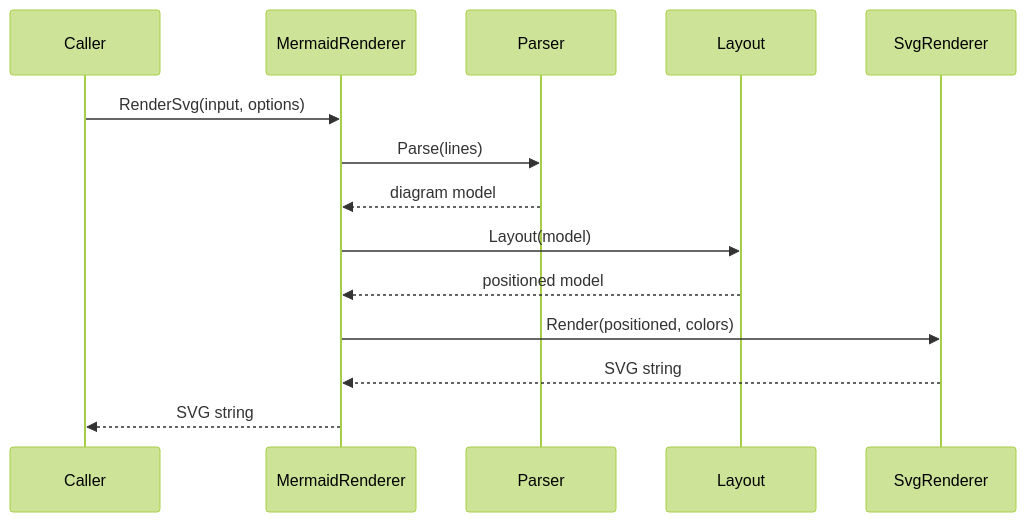
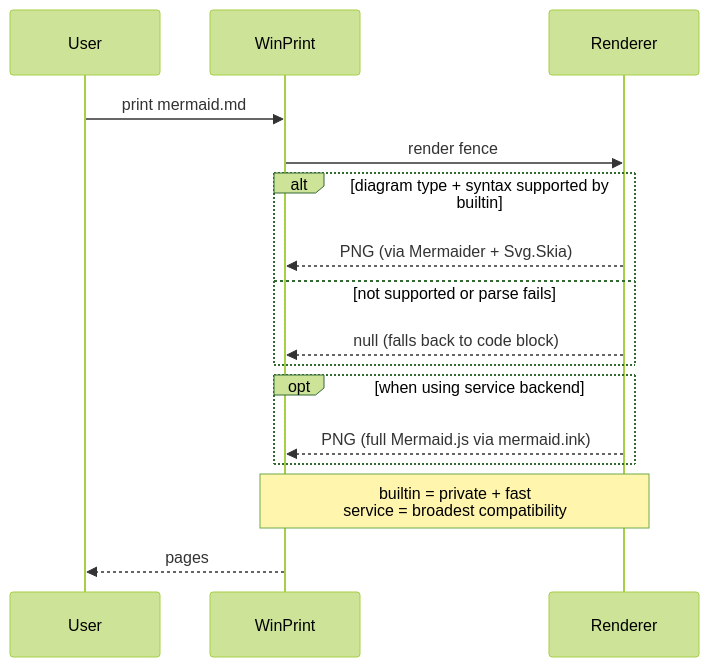
Before and after one commit to nullean/mermaider: the second of 26 diagrams in tests/Mermaider.Tests/Fixtures/mermaid.md, drawn with Mermaid (forest theme). The commit also changed other lines of this file, not shown here.

Commit message:
Reword mermaid.md fixture prose for Mermaider; keep all diagram content intact

````diff
--- a/tests/Mermaider.Tests/Fixtures/mermaid.md
+++ b/tests/Mermaider.Tests/Fixtures/mermaid.md
@@ -23,16 +31,18 @@
 ```mermaid
 sequenceDiagram
-    participant C as Caller
-    participant M as MermaidRenderer
-    participant P as Parser
-    participant L as Layout
-    participant R as SvgRenderer
-    C->>M: RenderSvg(input, options)
-    M->>P: Parse(lines)
-    P-->>M: diagram model
-    M->>L: Layout(model)
-    L-->>M: positioned model
-    M->>R: Render(positioned, colors)
-    R-->>M: SVG string
-    M-->>C: SVG string
+    participant U as User
+    participant W as WinPrint
+    participant R as Renderer
+    U->>W: print mermaid.md
+    W->>R: render fence
+    alt diagram type + syntax supported by builtin
+        R-->>W: PNG (via Mermaider + Svg.Skia)
+    else not supported or parse fails
+        R-->>W: null (falls back to code block)
+    end
+    opt when using service backend
+        R-->>W: PNG (full Mermaid.js via mermaid.ink)
+    end
+    Note over W,R: builtin = private + fast<br/>service = broadest compatibility
+    W-->>U: pages
 ```
````
